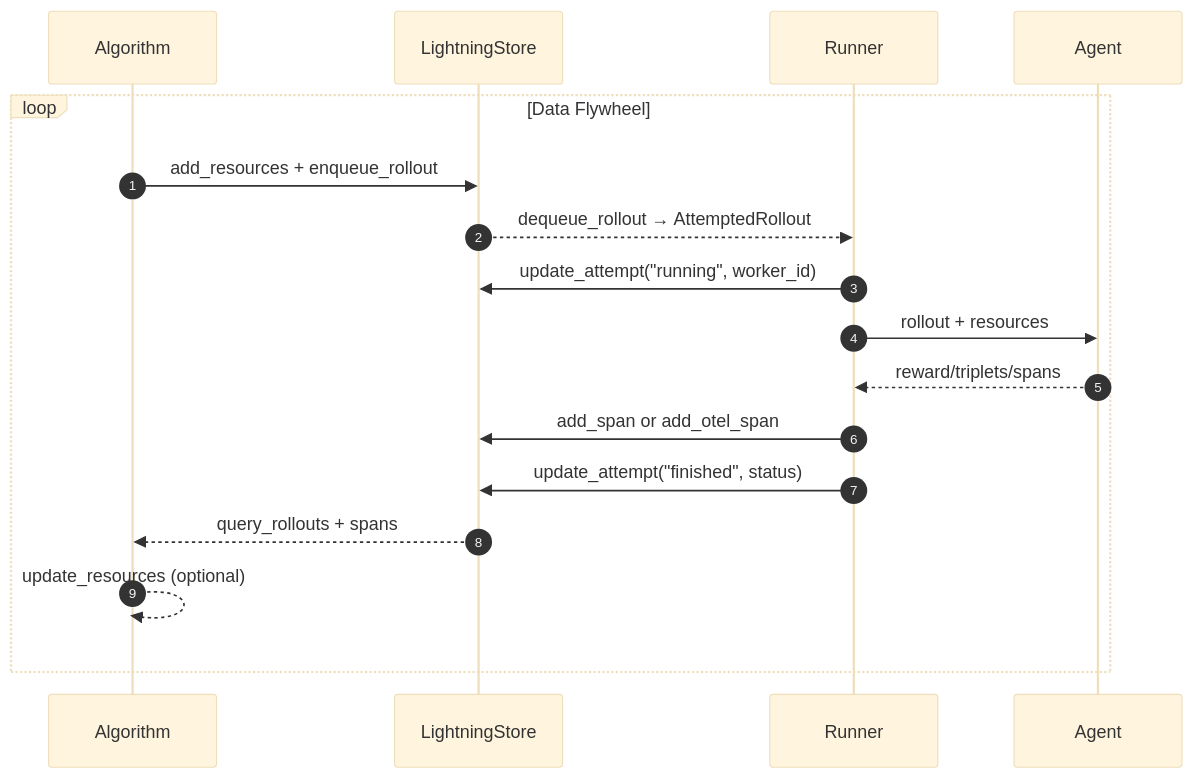
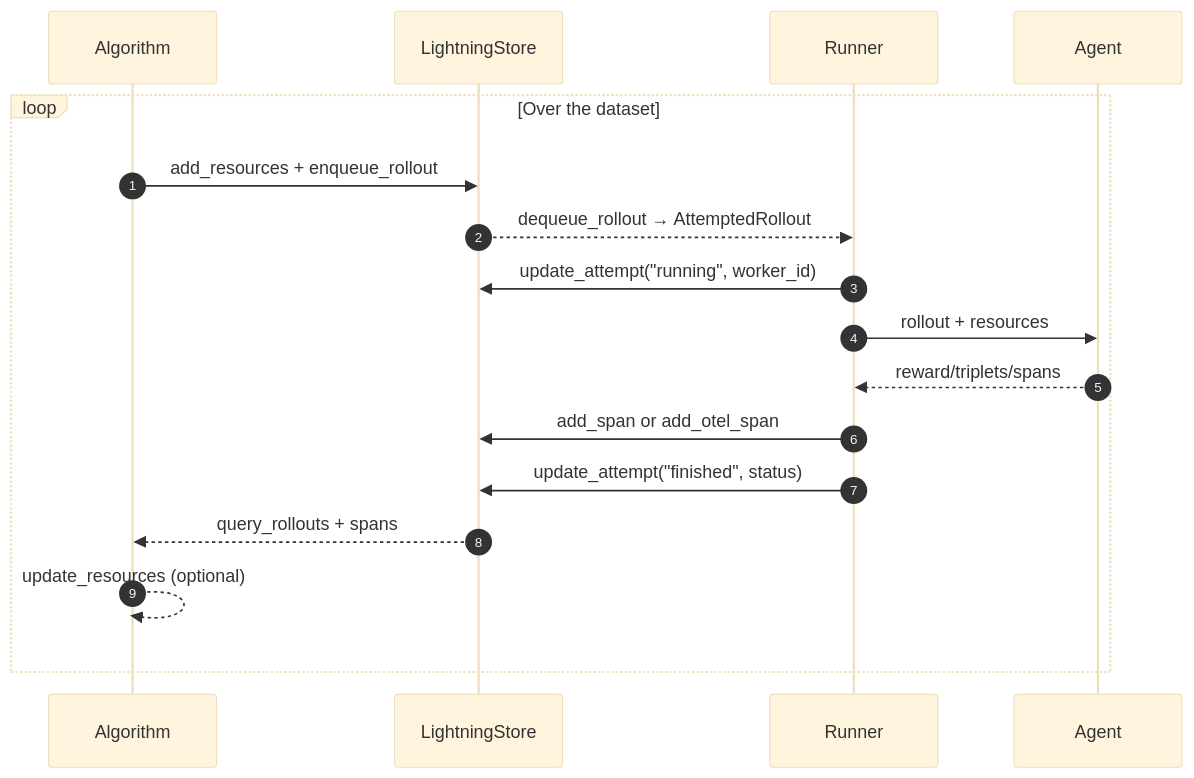
One commit to microsoft/agent-lightning changed the first of 2 diagrams in docs/deep-dive/birds-eye-view.md. Above: the diagram before and after it, drawn with Mermaid (base theme). The commit also changed other lines of this file, not shown here.

````diff
--- a/docs/deep-dive/birds-eye-view.md
+++ b/docs/deep-dive/birds-eye-view.md
@@ -9,20 +9,20 @@
 ```mermaid
 sequenceDiagram
     autonumber
     participant Algo as Algorithm
     participant Store as LightningStore
     participant Runner
     participant Agent
 
-    loop Data Flywheel
+    loop Over the dataset
         Algo->>Store: add_resources + enqueue_rollout
         Store-->>Runner: dequeue_rollout → AttemptedRollout
         Runner->>Store: update_attempt("running", worker_id)
         Runner->>Agent: rollout + resources
         Agent-->>Runner: reward/triplets/spans
         Runner->>Store: add_span or add_otel_span
         Runner->>Store: update_attempt("finished", status)
         Store-->>Algo: query_rollouts + spans
         Algo-->>Algo: update_resources (optional)
     end
 ```
````
